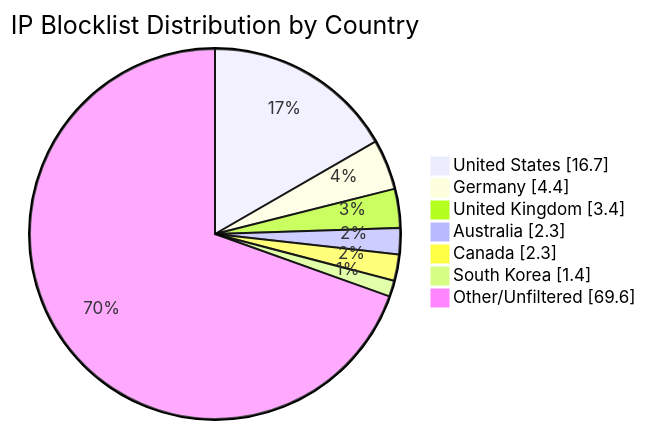
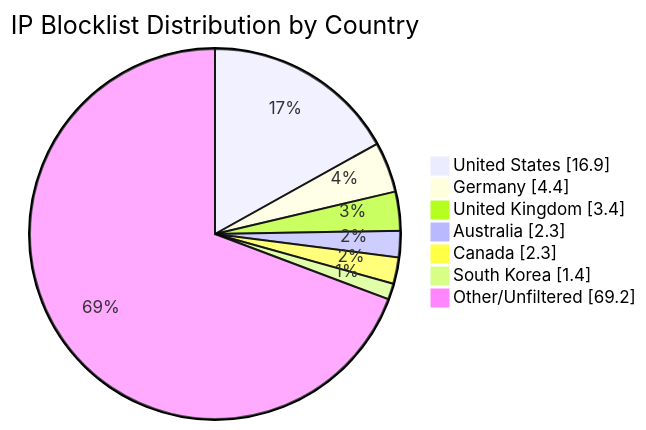
One commit to MarcusHoltz/ipblocklist-geofiltered-aggregator changed the diagram in README.md. Above: the diagram before and after it, drawn with Mermaid. The commit also changed other lines of this file and 9 other files, not shown here.

````diff
--- a/README.md
+++ b/README.md
@@ -34,10 +34,10 @@
 ```mermaid
 pie showData title IP Blocklist Distribution by Country
-"United States" : 16.7
+"United States" : 16.9
 "Germany" : 4.4
 "United Kingdom" : 3.4
 "Australia" : 2.3
 "Canada" : 2.3
 "South Korea" : 1.4
-"Other/Unfiltered" : 69.6
+"Other/Unfiltered" : 69.2
 ```
````
